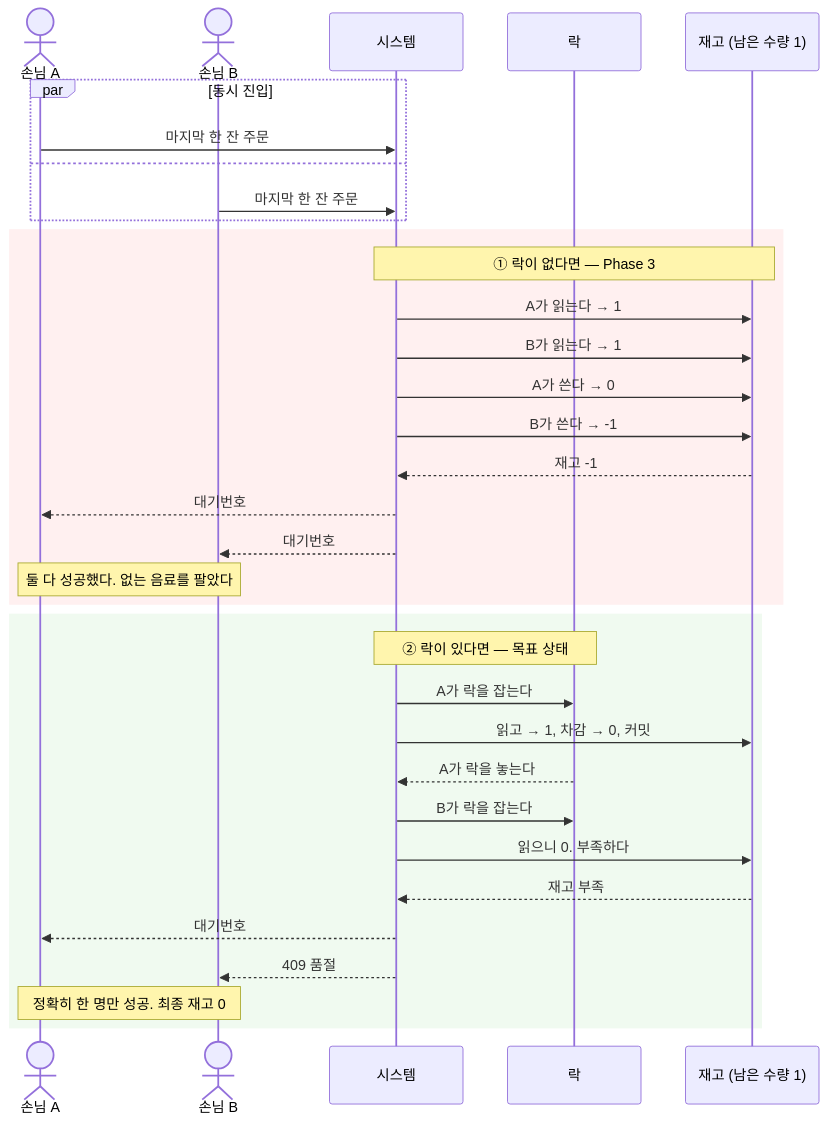
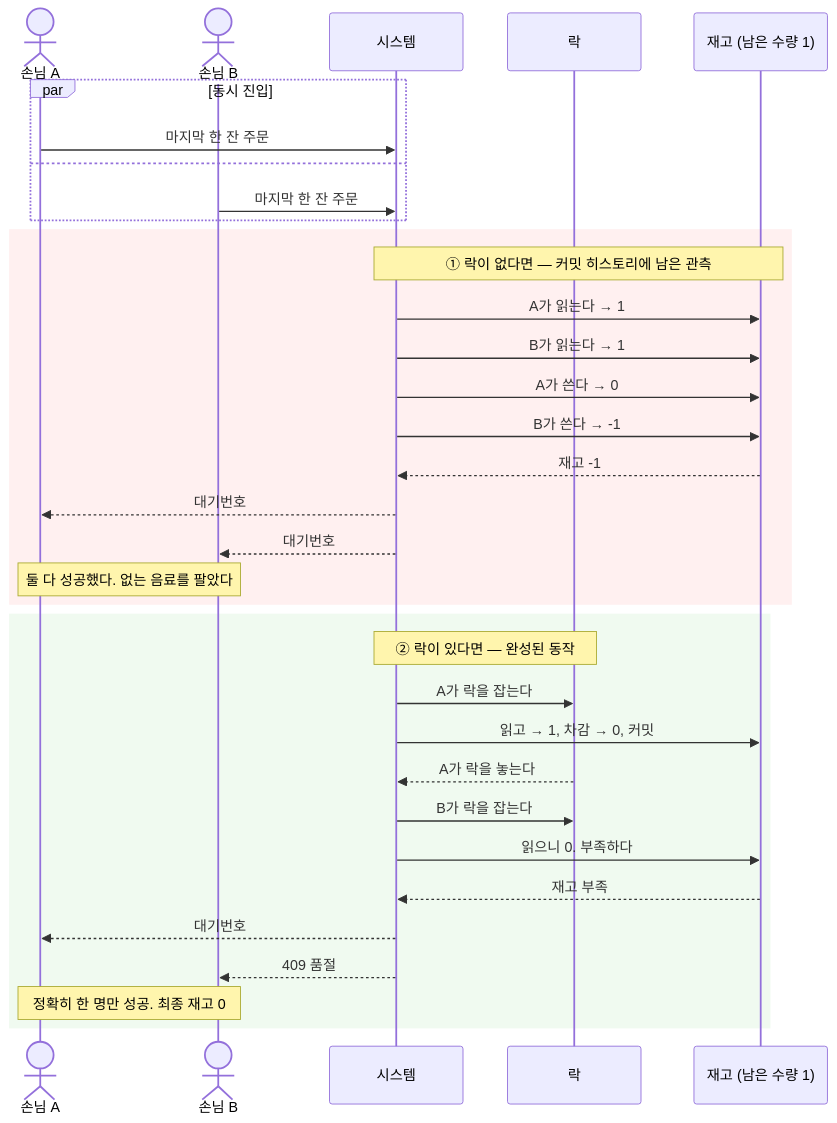
Before and after one commit to hhyukk/cafe-kiosk: the fourth of 4 diagrams in docs/USECASES.md, drawn with Mermaid. The commit also changed other lines of this file, not shown here.

````diff
--- a/docs/USECASES.md
+++ b/docs/USECASES.md
@@ -710,39 +778,39 @@
 ```mermaid
 sequenceDiagram
     actor A as 손님 A
     actor B as 손님 B
     participant SYS as 시스템
     participant L as 락
     participant ST as 재고 (남은 수량 1)
 
     par 동시 진입
         A->>SYS: 마지막 한 잔 주문
     and
         B->>SYS: 마지막 한 잔 주문
     end
 
     rect rgb(255, 240, 240)
-        Note over SYS,ST: ① 락이 없다면 — Phase 3 #1이 증명할 상태
+        Note over SYS,ST: ① 락이 없다면 — 커밋 히스토리에 남은 관측
         SYS->>ST: A가 읽는다 → 1
         SYS->>ST: B가 읽는다 → 1
         SYS->>ST: A가 쓴다 → 0
         SYS->>ST: B가 쓴다 → -1
         ST-->>SYS: 재고 -1
         SYS-->>A: 대기번호
         SYS-->>B: 대기번호
         Note over A,B: 둘 다 성공했다. 없는 음료를 팔았다
     end
 
     rect rgb(240, 250, 240)
-        Note over SYS,L: ② 락이 있다면 — 목표 상태
+        Note over SYS,L: ② 락이 있다면 — 완성된 동작
         SYS->>L: A가 락을 잡는다
         SYS->>ST: 읽고 → 1, 차감 → 0, 커밋
         L-->>SYS: A가 락을 놓는다
         SYS->>L: B가 락을 잡는다
         SYS->>ST: 읽으니 0. 부족하다
         ST-->>SYS: 재고 부족
         SYS-->>A: 대기번호
         SYS-->>B: 409 품절
         Note over A,B: 정확히 한 명만 성공. 최종 재고 0
     end
 ```
````
